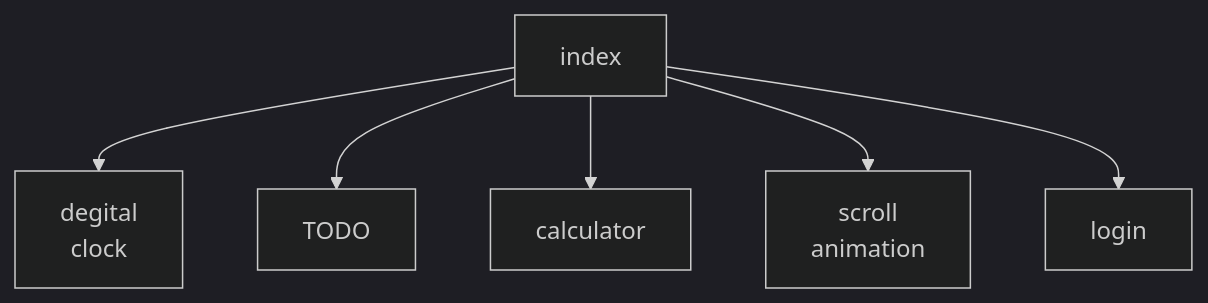
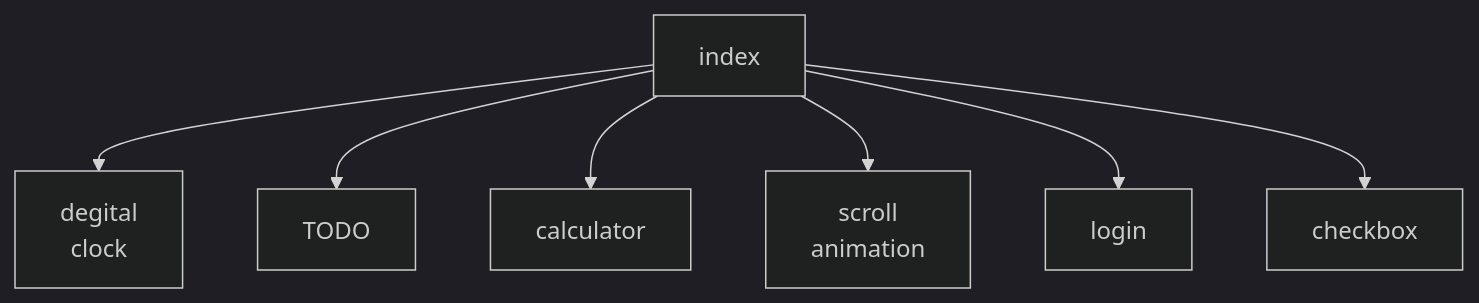
The diagram in README.md (KP-KAZUMA/EXperimental), drawn with Mermaid (dark theme) before and after one commit.

````diff
--- a/README.md
+++ b/README.md
@@ -5,10 +5,11 @@
 ```mermaid
   graph TD;
   A["index"]
   B["degital<br>clock"]
   C["TODO"]
   D["calculator"]
   E["scroll<br>animation"]
   F["login"]
-      A-->B & C & D & E & F;
+  G["checkbox"]
+      A-->B & C & D & E & F & G;
 ```
````
